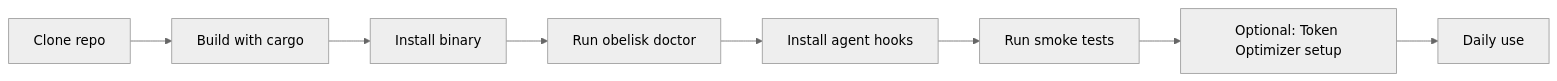
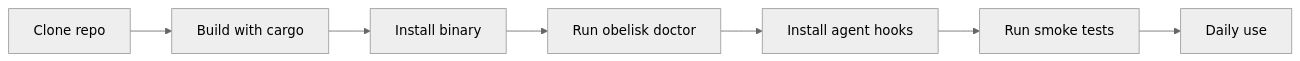
Before and after one commit to dylmarriner/obelisk: the diagram in docs/README.md, drawn with Mermaid (neutral theme). The commit also changed other lines of this file and 14 other files, not shown here.

First line of the commit message:
Scrub all Token Optimizer references — everything is Obelisk

````diff
--- a/docs/README.md
+++ b/docs/README.md
@@ -29,10 +29,9 @@
 ```mermaid
 flowchart LR
     A[Clone repo] --> B[Build with cargo]
     B --> C[Install binary]
     C --> D[Run obelisk doctor]
     D --> E[Install agent hooks]
     E --> F[Run smoke tests]
-    F --> G[Optional: Token Optimizer setup]
-    G --> H[Daily use]
+    F --> G[Daily use]
 ```
````
